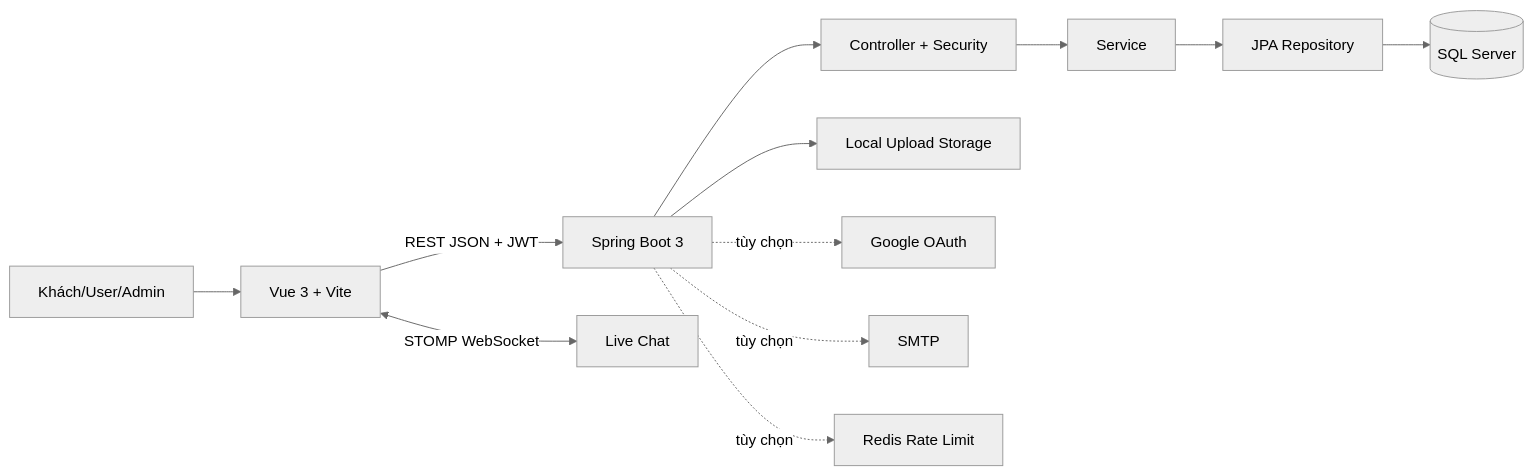
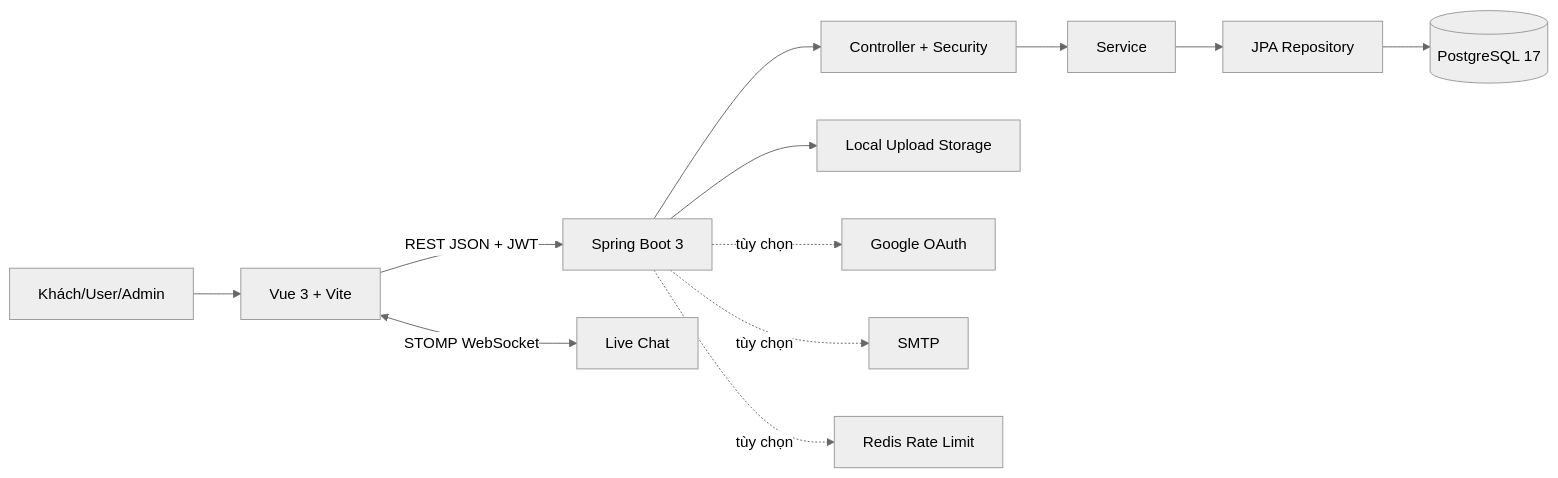
The diagram in handover/TAI-LIEU-BAN-GIAO.md (hieuhdtpy00119/aloo-corporate-website), drawn with Mermaid (neutral theme) before and after one commit. The commit also changed other lines of this file and 14 other files, not shown here.

Commit message:
Finalize PostgreSQL acceptance handover package

````diff
--- a/handover/TAI-LIEU-BAN-GIAO.md
+++ b/handover/TAI-LIEU-BAN-GIAO.md
@@ -14,14 +14,14 @@
 ```mermaid
 flowchart LR
   U[Khách/User/Admin] --> V[Vue 3 + Vite]
   V -->|REST JSON + JWT| S[Spring Boot 3]
   V <-->|STOMP WebSocket| W[Live Chat]
   S --> A[Controller + Security]
   A --> B[Service]
   B --> R[JPA Repository]
-  R --> D[(SQL Server)]
+  R --> D[(PostgreSQL 17)]
   S --> F[Local Upload Storage]
   S -. tùy chọn .-> G[Google OAuth]
   S -. tùy chọn .-> M[SMTP]
   S -. tùy chọn .-> X[Redis Rate Limit]
 ```
````
